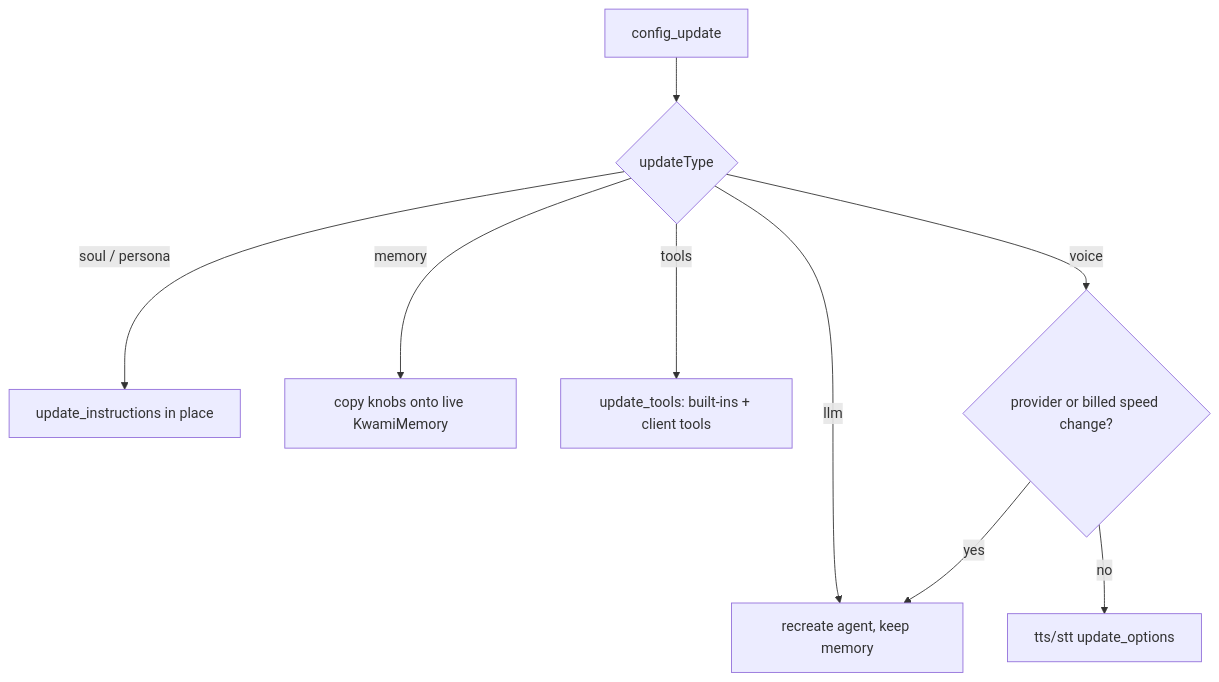
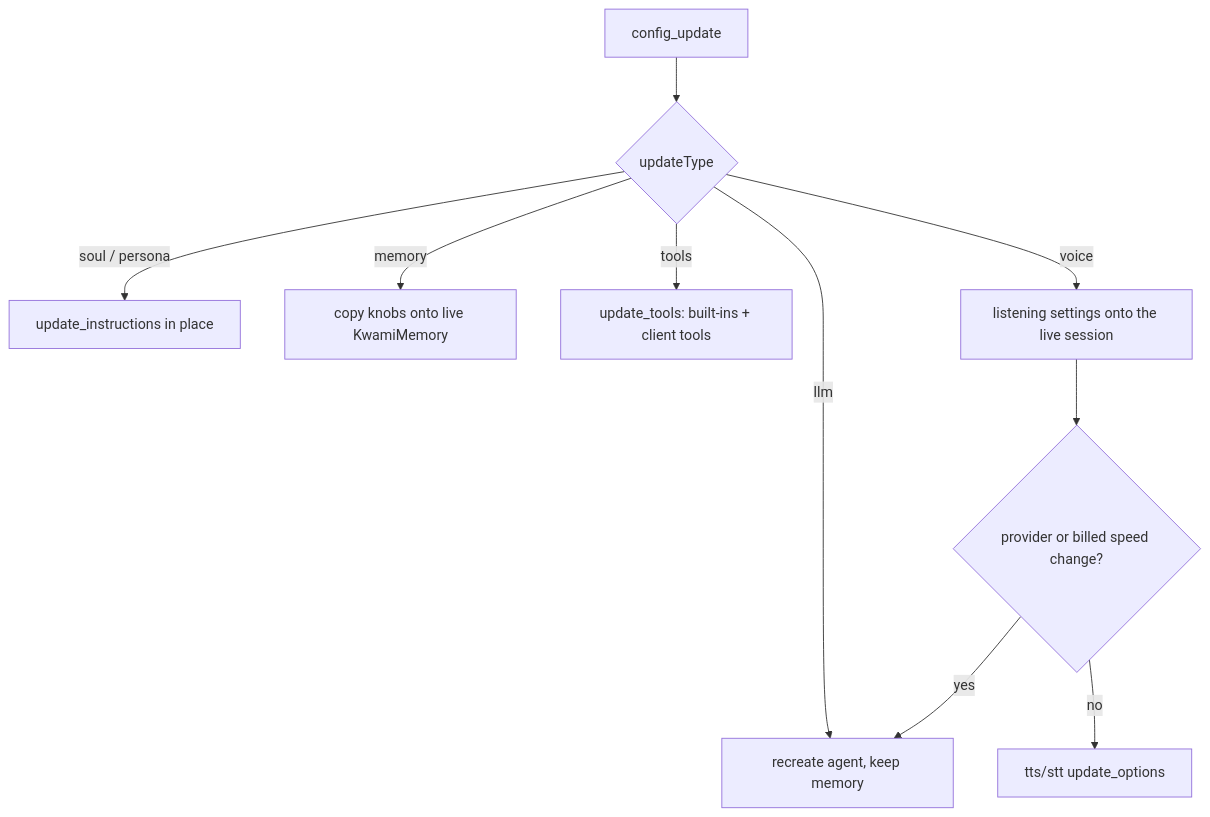
One commit to kwami-labs/kwami-lk-agent changed the diagram in docs/configuration.md. Above: the diagram before and after it, drawn with Mermaid. The commit also changed other lines of this file and 110 other files, not shown here.

````diff
--- a/docs/configuration.md
+++ b/docs/configuration.md
@@ -154,11 +176,12 @@
 ```mermaid
 flowchart TD
     U["config_update"] --> T{"updateType"}
     T -->|soul / persona| I["update_instructions in place"]
     T -->|memory| K["copy knobs onto live KwamiMemory"]
     T -->|tools| R["update_tools: built-ins + client tools"]
     T -->|llm| Swap["recreate agent, keep memory"]
-    T -->|voice| P{"provider or billed speed change?"}
+    T -->|voice| L["listening settings onto the live session"]
+    L --> P{"provider or billed speed change?"}
     P -->|yes| Swap
     P -->|no| Opt["tts/stt update_options"]
 ```
````
